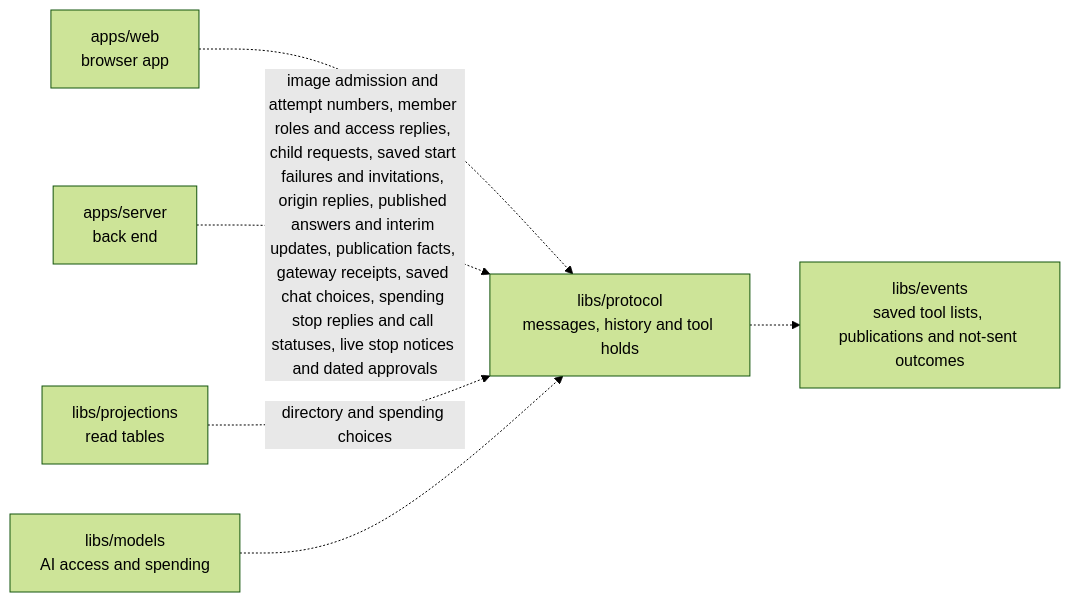
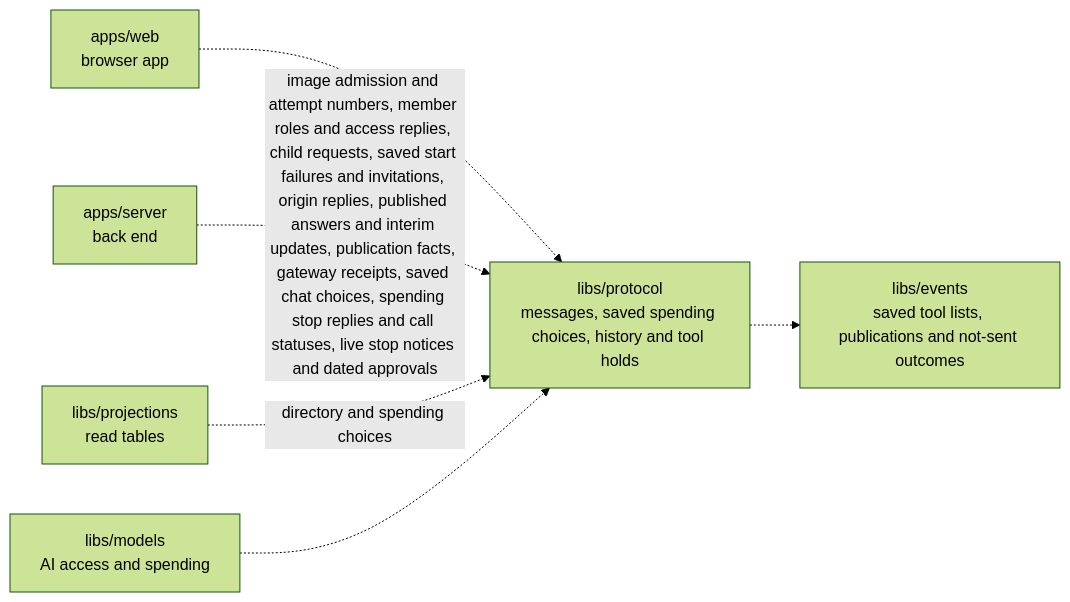
Before and after one commit to elewa-git/opencrane-new: the diagram in libs/protocol/README.md, drawn with Mermaid (forest theme). The commit also changed other lines of this file and 17 other files, not shown here.

Commit message:
🐛 Keep spending choices available as histories grow

````diff
--- a/libs/protocol/README.md
+++ b/libs/protocol/README.md
@@ -11,8 +11,8 @@
 ```mermaid
 flowchart LR
-  web["apps/web<br/>browser app"] -.-> protocol["libs/protocol<br/>messages, history and tool holds"]
+  web["apps/web<br/>browser app"] -.-> protocol["libs/protocol<br/>messages, saved spending choices, history and tool holds"]
   server["apps/server<br/>back end"] -.->|image admission and attempt numbers, member roles and access replies, child requests, saved start failures and invitations, origin replies, published answers and interim updates, publication facts, gateway receipts, saved chat choices, spending stop replies and call statuses, live stop notices and dated approvals| protocol
   projections["libs/projections<br/>read tables"] -.->|directory and spending choices| protocol
   models["libs/models<br/>AI access and spending"] -.-> protocol
   protocol -.-> events["libs/events<br/>saved tool lists, publications and not-sent outcomes"]
 ```
````
